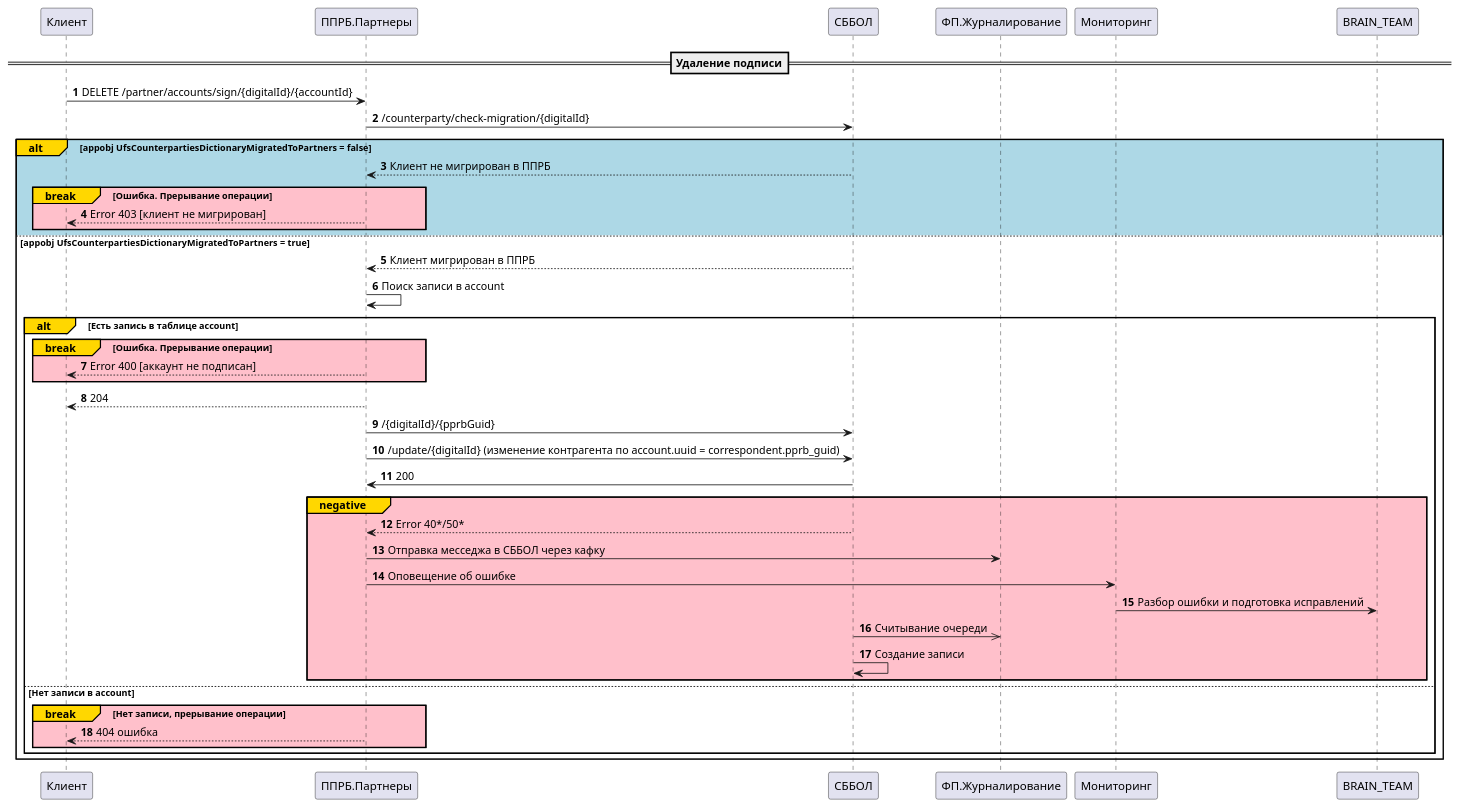
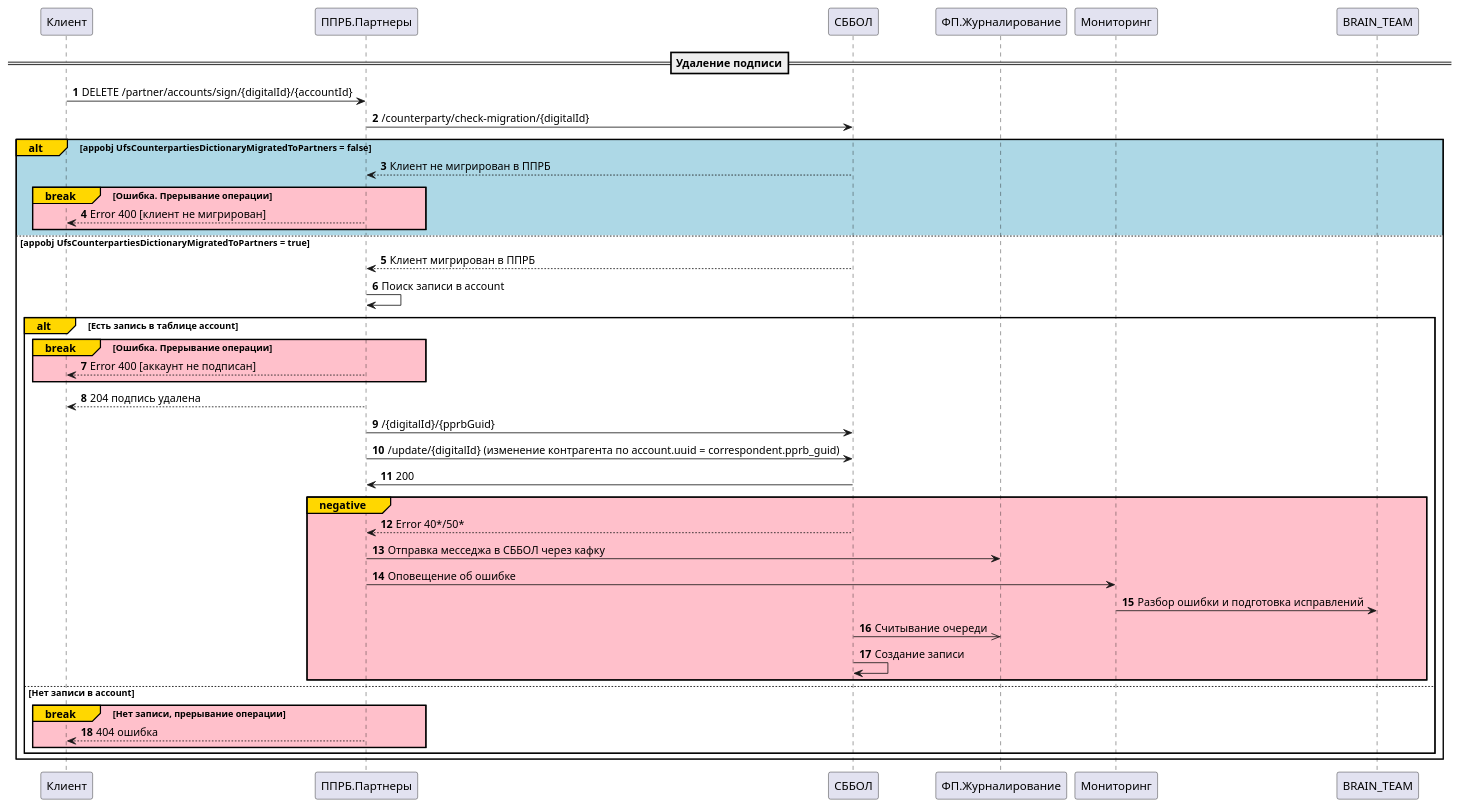
The diagram in docs/diagrams/replication/Iteration 1/delete_siqn_account.puml (SSV4791/sbbol-partners), drawn with PlantUML before and after one commit. The commit also changed 294 other files, not shown here.

```diff
--- a/docs/diagrams/replication/Iteration 1/delete_siqn_account.puml
+++ b/docs/diagrams/replication/Iteration 1/delete_siqn_account.puml
@@ -1,37 +1,37 @@
 @startuml
 'https://plantuml.com/sequence-diagram
 autonumber
 ==Удаление подписи==
 Клиент -> ППРБ.Партнеры: DELETE /partner/accounts/sign/{digitalId}/{accountId}
 ППРБ.Партнеры -> СББОЛ: /counterparty/check-migration/{digitalId}
 alt#Gold #lightblue appobj UfsCounterpartiesDictionaryMigratedToPartners = false
 СББОЛ --> ППРБ.Партнеры: Клиент не мигрирован в ППРБ
 break#Gold #Pink Ошибка. Прерывание операции
-ППРБ.Партнеры --> Клиент: Error 403 [клиент не мигрирован]
+ППРБ.Партнеры --> Клиент: Error 400 [клиент не мигрирован]
 end
 else #white appobj UfsCounterpartiesDictionaryMigratedToPartners = true
 СББОЛ --> ППРБ.Партнеры: Клиент мигрирован в ППРБ
 ППРБ.Партнеры -> ППРБ.Партнеры: Поиск записи в account
 alt#gold Есть запись в таблице account
 break#Gold #Pink Ошибка. Прерывание операции
 ППРБ.Партнеры --> Клиент: Error 400 [аккаунт не подписан]
 end
-ППРБ.Партнеры --> Клиент: 204
+ППРБ.Партнеры --> Клиент: 204 подпись удалена
 ППРБ.Партнеры -> СББОЛ: /{digitalId}/{pprbGuid}
 ППРБ.Партнеры -> СББОЛ: /update/{digitalId} (изменение контрагента по account.uuid = correspondent.pprb_guid)
 СББОЛ -> ППРБ.Партнеры: 200
 group#Gold #pink negative
 СББОЛ --> ППРБ.Партнеры: Error 40*/50*
 ППРБ.Партнеры -> ФП.Журналирование: Отправка месседжа в СББОЛ через кафку
 ППРБ.Партнеры -> Мониторинг: Оповещение об ошибке
 Мониторинг -> BRAIN_TEAM: Разбор ошибки и подготовка исправлений
 СББОЛ ->> ФП.Журналирование: Считывание очереди
 СББОЛ -> СББОЛ: Создание записи
 end
 else Нет записи в account
 break#Gold #pink Нет записи, прерывание операции
 ППРБ.Партнеры --> Клиент: 404 ошибка
 end
 end
 end
 @enduml
```
